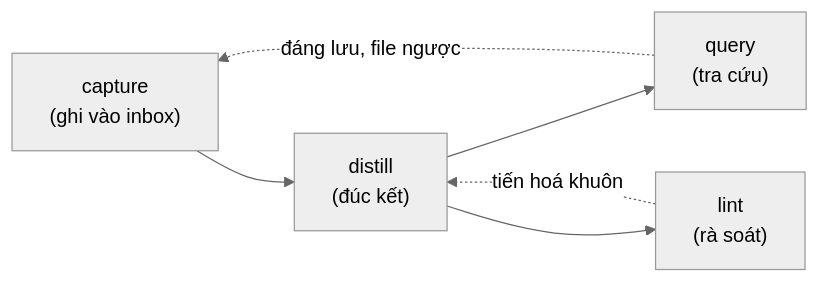
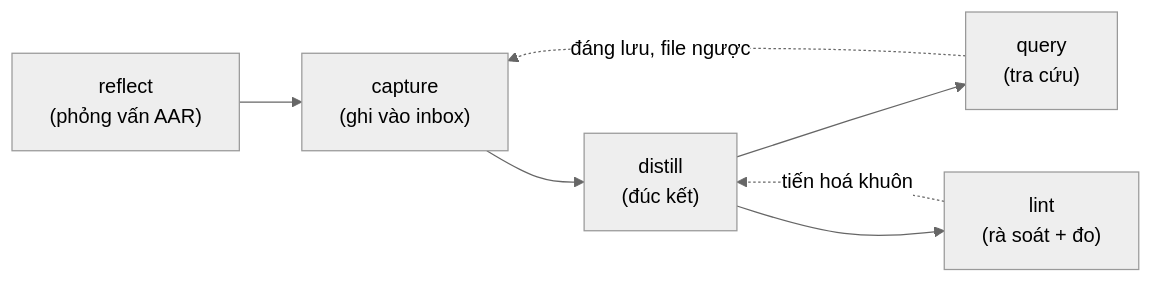
The second of 2 diagrams in README.md (hoangvantuan/knowledge-engine), drawn with Mermaid (neutral theme) before and after one commit. The commit also changed other lines of this file and 14 other files, not shown here.

````diff
--- a/README.md
+++ b/README.md
@@ -115,8 +122,9 @@
 ```mermaid
 flowchart LR
-    C["capture<br/>(ghi vào inbox)"] --> D["distill<br/>(đúc kết)"]
+    R["reflect<br/>(phỏng vấn AAR)"] --> C["capture<br/>(ghi vào inbox)"]
+    C --> D["distill<br/>(đúc kết)"]
     D --> Q["query<br/>(tra cứu)"]
     Q -.->|"đáng lưu, file ngược"| C
-    D --> L["lint<br/>(rà soát)"]
+    D --> L["lint<br/>(rà soát + đo)"]
     L -.->|"tiến hoá khuôn"| D
 ```
````
